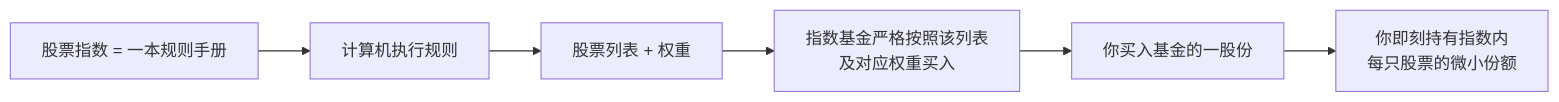
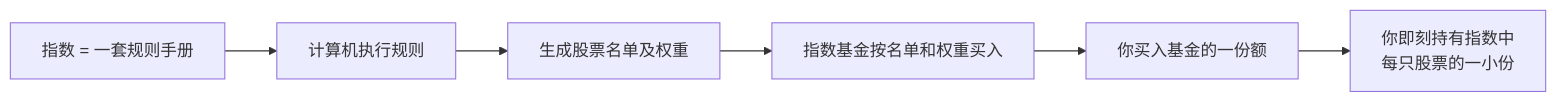
Before and after one commit to chanmainvest/tutorial: the first of 4 diagrams in course_cn/week02_index_funds_etfs.md, drawn with Mermaid. The commit also changed other lines of this file and 451 other files, not shown here.

````diff
--- a/course_cn/week02_index_funds_etfs.md
+++ b/course_cn/week02_index_funds_etfs.md
@@ -55,8 +55,8 @@
 ```mermaid
 flowchart LR
-    A[股票指数 = 一本规则手册] --> B[计算机执行规则]
-    B --> C[股票列表 + 权重]
-    C --> D[指数基金严格按照该列表<br/>及对应权重买入]
-    D --> E[你买入基金的一股份]
-    E --> F[你即刻持有指数内<br/>每只股票的微小份额]
+    A[指数 = 一套规则手册] --> B[计算机执行规则]
+    B --> C[生成股票名单及权重]
+    C --> D[指数基金按名单和权重买入]
+    D --> E[你买入基金的一份额]
+    E --> F[你即刻持有指数中<br/>每只股票的一小份]
 ```
````
